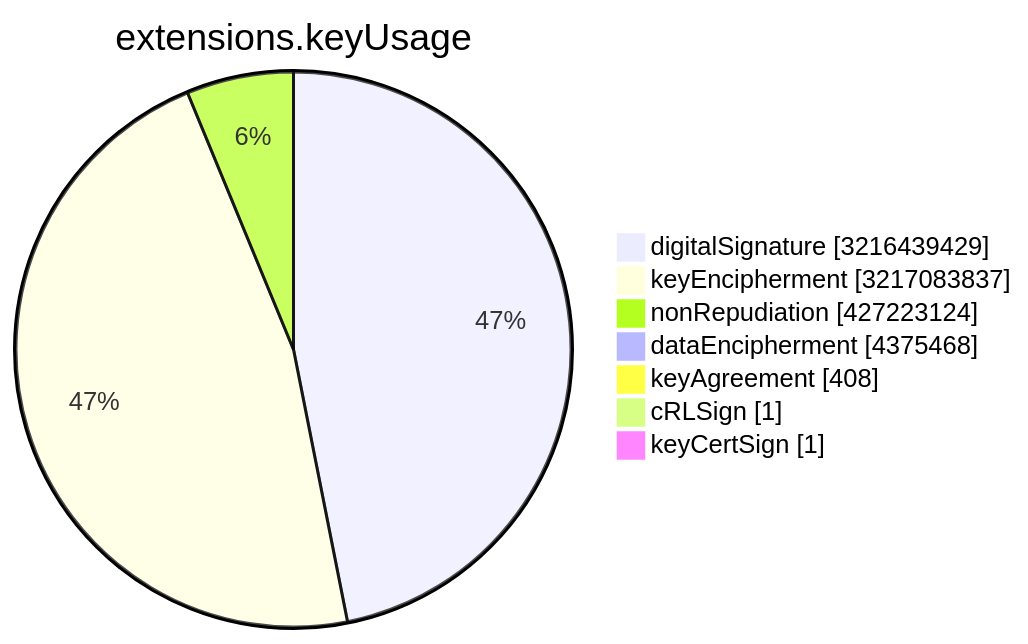
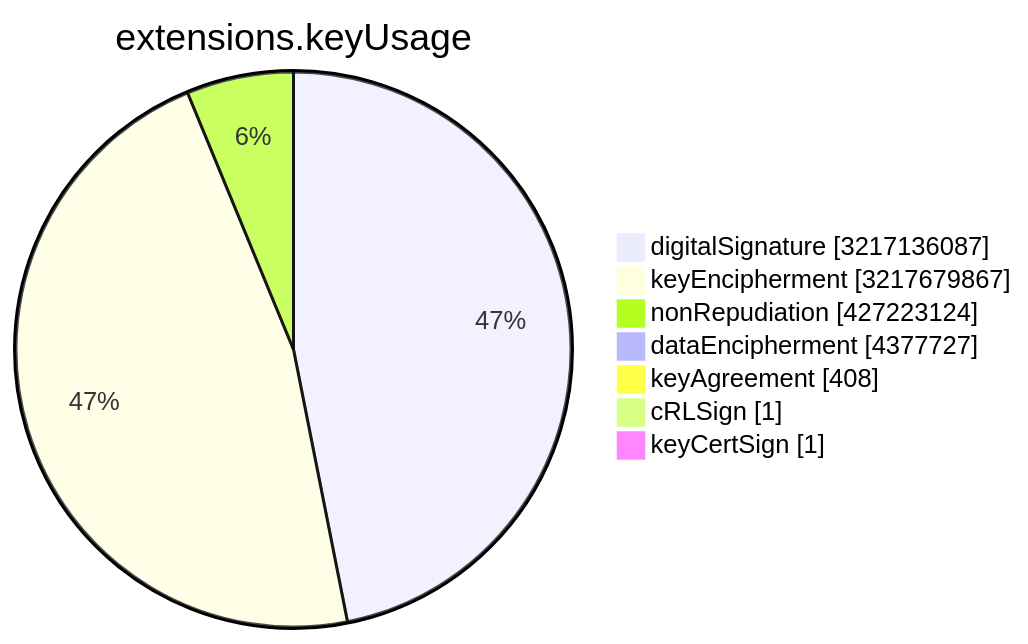
The sixth of 15 diagrams in TOTAL/README.md (christiankrug/ctmonitor_visualization), drawn with Mermaid before and after one commit. The commit also changed other lines of this file, not shown here.

````diff
--- a/TOTAL/README.md
+++ b/TOTAL/README.md
@@ -3077,11 +3077,11 @@
 ```mermaid
 pie showData
 title extensions.keyUsage
-"digitalSignature" :3216439429
-"keyEncipherment" :3217083837
+"digitalSignature" :3217136087
+"keyEncipherment" :3217679867
 "nonRepudiation" :427223124
-"dataEncipherment" :4375468
+"dataEncipherment" :4377727
 "keyAgreement" :408
 "cRLSign" :1
 "keyCertSign" :1
 ```
````
